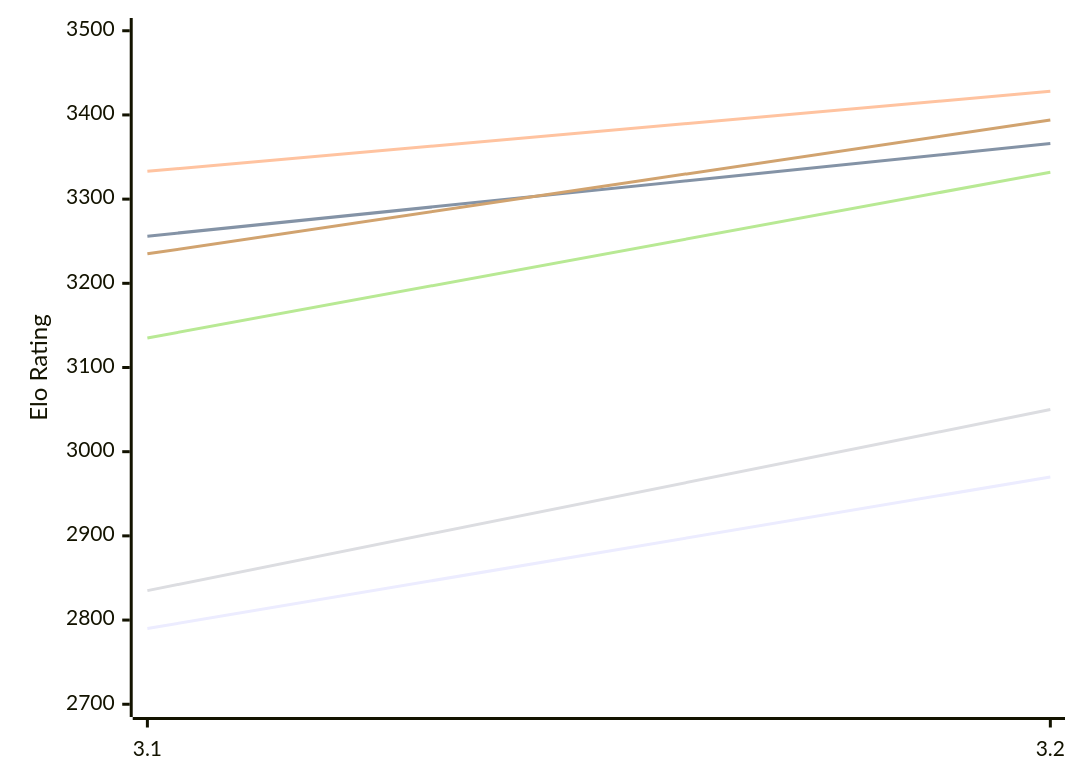
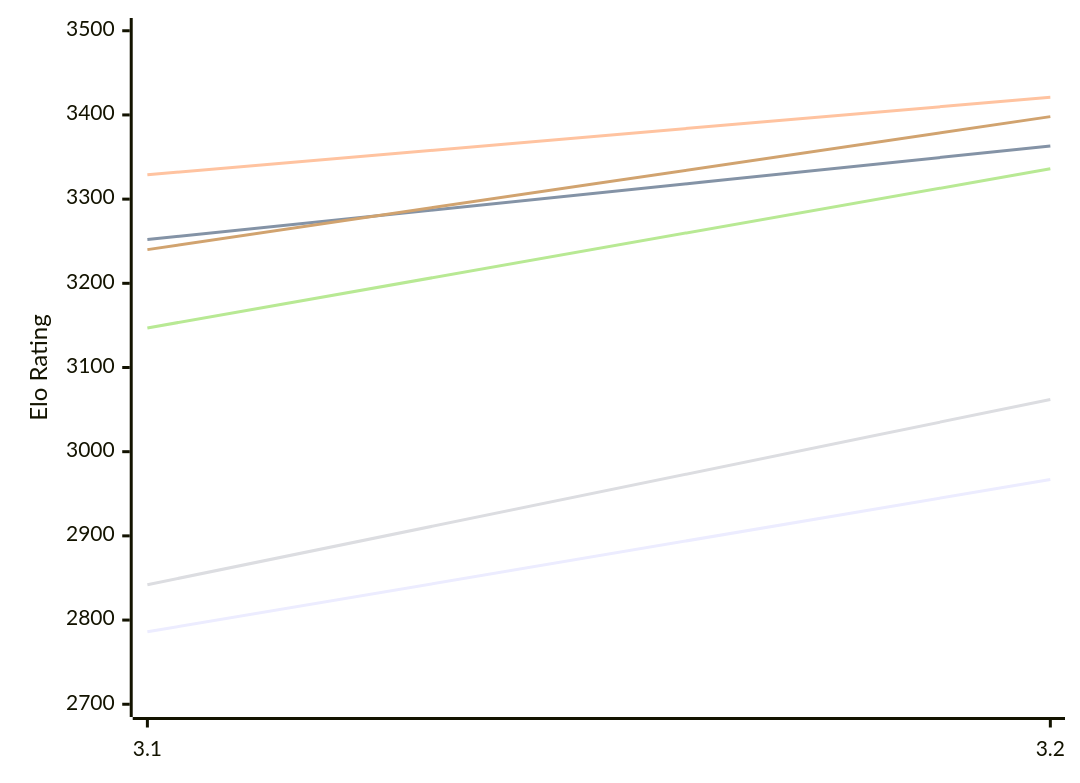
One commit to computer-chess-index/cci changed the first of 2 diagrams in engines/Thrawn.md. Above: the diagram before and after it, drawn with Mermaid. The commit also changed other lines of this file, not shown here.

Commit message:
Update CCI Ratings (ELO VLTC) - 2026-11-21

````diff
--- a/engines/Thrawn.md
+++ b/engines/Thrawn.md
@@ -52,12 +52,12 @@
 ```mermaid
 %%{init: {"theme":"base","themeVariables":{"seriesColors:['#a3a3a3','#222221','#faa371']}}}%%
 xychart-beta
   x-axis ["3.1", "3.2"]
   y-axis "Elo Rating" 2700 --> 3500
-  line "E1: STC (8.0+0.08s)" [2790, 2970]
-  line "E1: LTC (60.0+0.60s)" [3256, 3366]
-  line "E1: VLTC (2m24s+1.12s)" [3333, 3428]
-  line "P1: STC (8.0+0.08s)" [2835, 3050]
-  line "P1: LTC (60.0+0.60s)" [3135, 3332]
-  line "P1: VLTC (2m24s+1.12s)" [3235, 3394]
+  line "E1: STC (8.0+0.08s)" [2786, 2967]
+  line "E1: LTC (60.0+0.60s)" [3252, 3363]
+  line "E1: VLTC (2m24s+1.12s)" [3329, 3421]
+  line "P1: STC (8.0+0.08s)" [2842, 3062]
+  line "P1: LTC (60.0+0.60s)" [3147, 3336]
+  line "P1: VLTC (2m24s+1.12s)" [3240, 3398]
 ```
````
